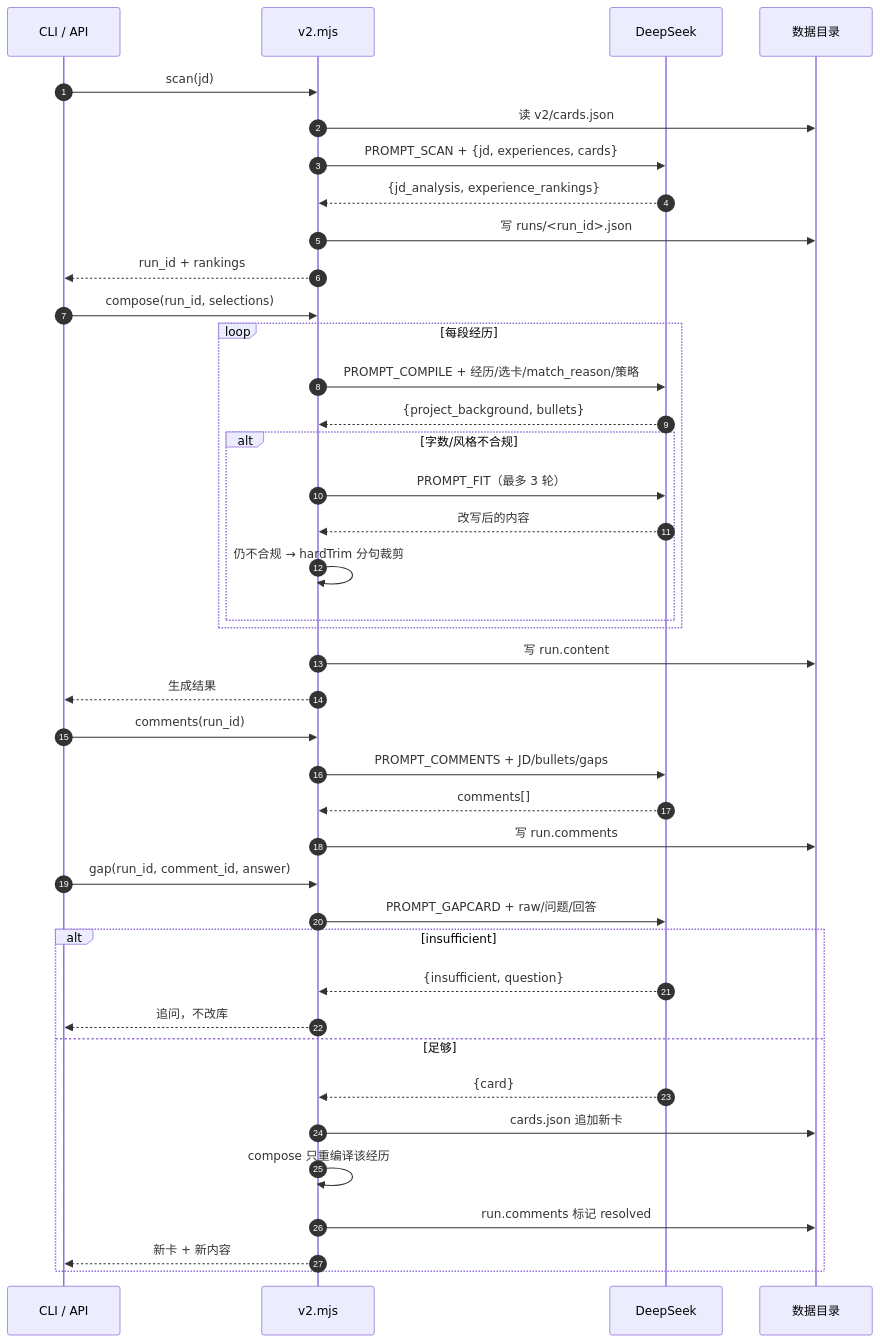
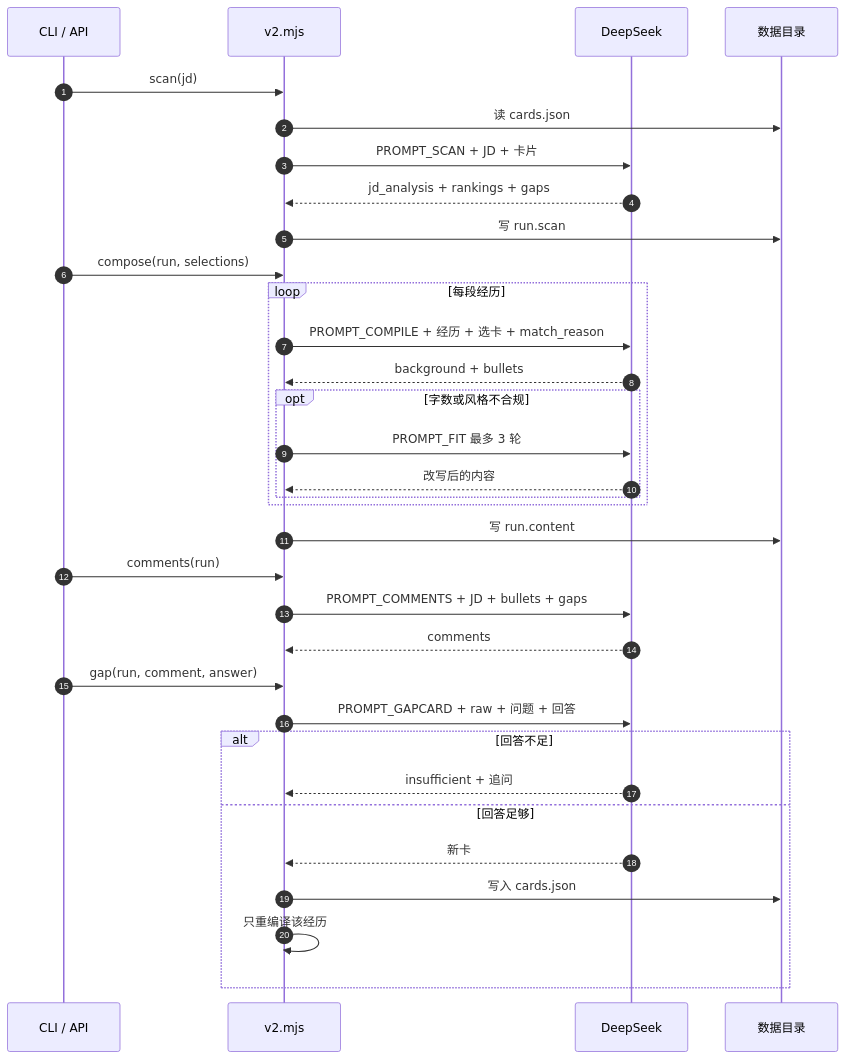
One commit to AsteriaAnna/Resume-Workbench changed the fourth of 6 diagrams in prototype/docs/MODEL-CHAIN.md. Above: the diagram before and after it, drawn with Mermaid. The commit also changed other lines of this file and 14 other files, not shown here.

Commit message:
docs: 链路图改为内嵌 PNG，补充每阶段输入/输出与支线输入说明

````diff
--- a/prototype/docs/MODEL-CHAIN.md
+++ b/prototype/docs/MODEL-CHAIN.md
@@ -60,46 +202,35 @@
 ```mermaid
 sequenceDiagram
   autonumber
   participant U as CLI / API
-  participant C as v2.mjs
-  participant L as DeepSeek
-  participant F as 数据目录
-
-  U->>C: scan(jd)
-  C->>F: 读 v2/cards.json
-  C->>L: PROMPT_SCAN + {jd, experiences, cards}
-  L-->>C: {jd_analysis, experience_rankings}
-  C->>F: 写 runs/<run_id>.json
-  C-->>U: run_id + rankings
-
-  U->>C: compose(run_id, selections)
+  participant V as v2.mjs
+  participant M as DeepSeek
+  participant D as 数据目录
+  U->>V: scan(jd)
+  V->>D: 读 cards.json
+  V->>M: PROMPT_SCAN + JD + 卡片
+  M-->>V: jd_analysis + rankings + gaps
+  V->>D: 写 run.scan
+  U->>V: compose(run, selections)
   loop 每段经历
-    C->>L: PROMPT_COMPILE + 经历/选卡/match_reason/策略
-    L-->>C: {project_background, bullets}
-    alt 字数/风格不合规
-      C->>L: PROMPT_FIT（最多 3 轮）
-      L-->>C: 改写后的内容
-      C->>C: 仍不合规 → hardTrim 分句裁剪
+    V->>M: PROMPT_COMPILE + 经历 + 选卡 + match_reason
+    M-->>V: background + bullets
+    opt 字数或风格不合规
+      V->>M: PROMPT_FIT 最多 3 轮
+      M-->>V: 改写后的内容
     end
   end
-  C->>F: 写 run.content
-  C-->>U: 生成结果
-
-  U->>C: comments(run_id)
-  C->>L: PROMPT_COMMENTS + JD/bullets/gaps
-  L-->>C: comments[]
-  C->>F: 写 run.comments
-
-  U->>C: gap(run_id, comment_id, answer)
-  C->>L: PROMPT_GAPCARD + raw/问题/回答
-  alt insufficient
-    L-->>C: {insufficient, question}
-    C-->>U: 追问，不改库
-  else 足够
-    L-->>C: {card}
-    C->>F: cards.json 追加新卡
-    C->>C: compose 只重编译该经历
-    C->>F: run.comments 标记 resolved
-    C-->>U: 新卡 + 新内容
+  V->>D: 写 run.content
+  U->>V: comments(run)
+  V->>M: PROMPT_COMMENTS + JD + bullets + gaps
+  M-->>V: comments
+  U->>V: gap(run, comment, answer)
+  V->>M: PROMPT_GAPCARD + raw + 问题 + 回答
+  alt 回答不足
+    M-->>V: insufficient + 追问
+  else 回答足够
+    M-->>V: 新卡
+    V->>D: 写入 cards.json
+    V->>V: 只重编译该经历
   end
 ```
````
